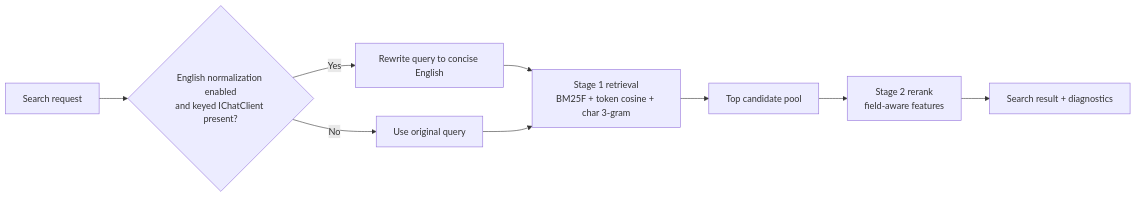
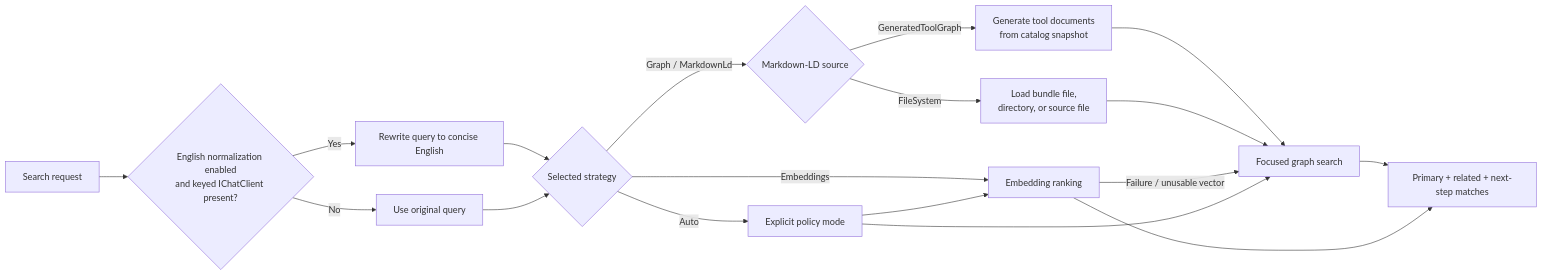
Before and after one commit to managedcode/MCPGateway: the diagram in docs/Features/SearchQueryNormalizationAndRanking.md, drawn with Mermaid. The commit also changed other lines of this file and 45 other files, not shown here.

````diff
--- a/docs/Features/SearchQueryNormalizationAndRanking.md
+++ b/docs/Features/SearchQueryNormalizationAndRanking.md
@@ -43,11 +51,20 @@
 ```mermaid
 flowchart LR
     Request["Search request"] --> Normalize{"English normalization enabled\nand keyed IChatClient present?"}
     Normalize -->|Yes| Rewrite["Rewrite query to concise English"]
     Normalize -->|No| Original["Use original query"]
-    Rewrite --> Retrieval["Stage 1 retrieval\nBM25F + token cosine + char 3-gram"]
-    Original --> Retrieval
-    Retrieval --> CandidatePool["Top candidate pool"]
-    CandidatePool --> Rerank["Stage 2 rerank\nfield-aware features"]
-    Rerank --> Result["Search result + diagnostics"]
+    Rewrite --> Strategy{"Selected strategy"}
+    Original --> Strategy
+    Strategy -->|Graph / MarkdownLd| GraphSource{"Markdown-LD source"}
+    GraphSource -->|GeneratedToolGraph| Generated["Generate tool documents\nfrom catalog snapshot"]
+    GraphSource -->|FileSystem| FileDocs["Load bundle file,\ndirectory, or source file"]
+    Generated --> Graph["Focused graph search"]
+    FileDocs --> Graph
+    Strategy -->|Embeddings| Vector["Embedding ranking"]
+    Strategy -->|Auto| Policy["Explicit policy mode"]
+    Vector -->|Failure / unusable vector| Graph
+    Policy --> Graph
+    Policy --> Vector
+    Graph --> Result["Primary + related + next-step matches"]
+    Vector --> Result
 ```
````
